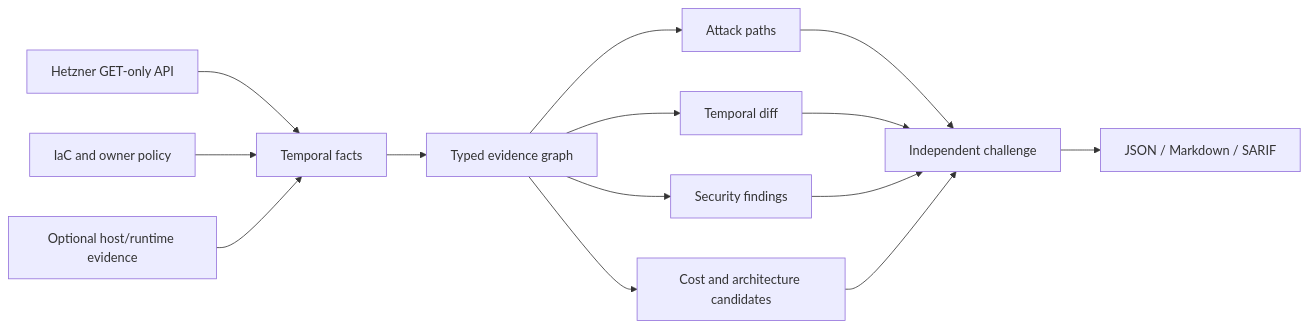
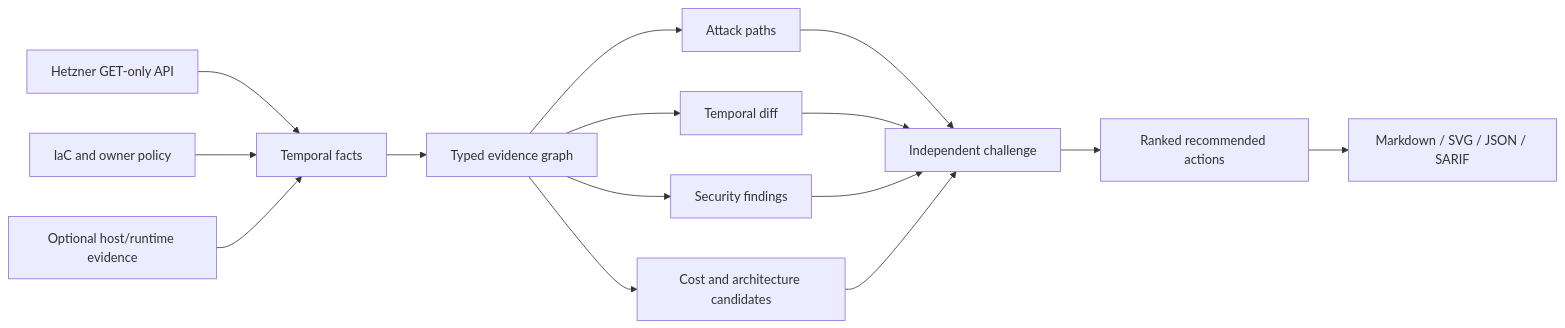
Before and after one commit to jpolec/hetzner-cloud-audit-skills: the diagram in README.md, drawn with Mermaid. The commit also changed other lines of this file and 1 other file, not shown here.

````diff
--- a/README.md
+++ b/README.md
@@ -340,16 +276,17 @@
 ```mermaid
 flowchart LR
   H[Hetzner GET-only API] --> F[Temporal facts]
   I[IaC and owner policy] --> F
   R[Optional host/runtime evidence] --> F
   F --> G[Typed evidence graph]
   G --> P[Attack paths]
   G --> D[Temporal diff]
   G --> S[Security findings]
   G --> C[Cost and architecture candidates]
   P --> V[Independent challenge]
   D --> V
   S --> V
   C --> V
-  V --> O[JSON / Markdown / SARIF]
+  V --> A[Ranked recommended actions]
+  A --> O[Markdown / SVG / JSON / SARIF]
 ```
````
